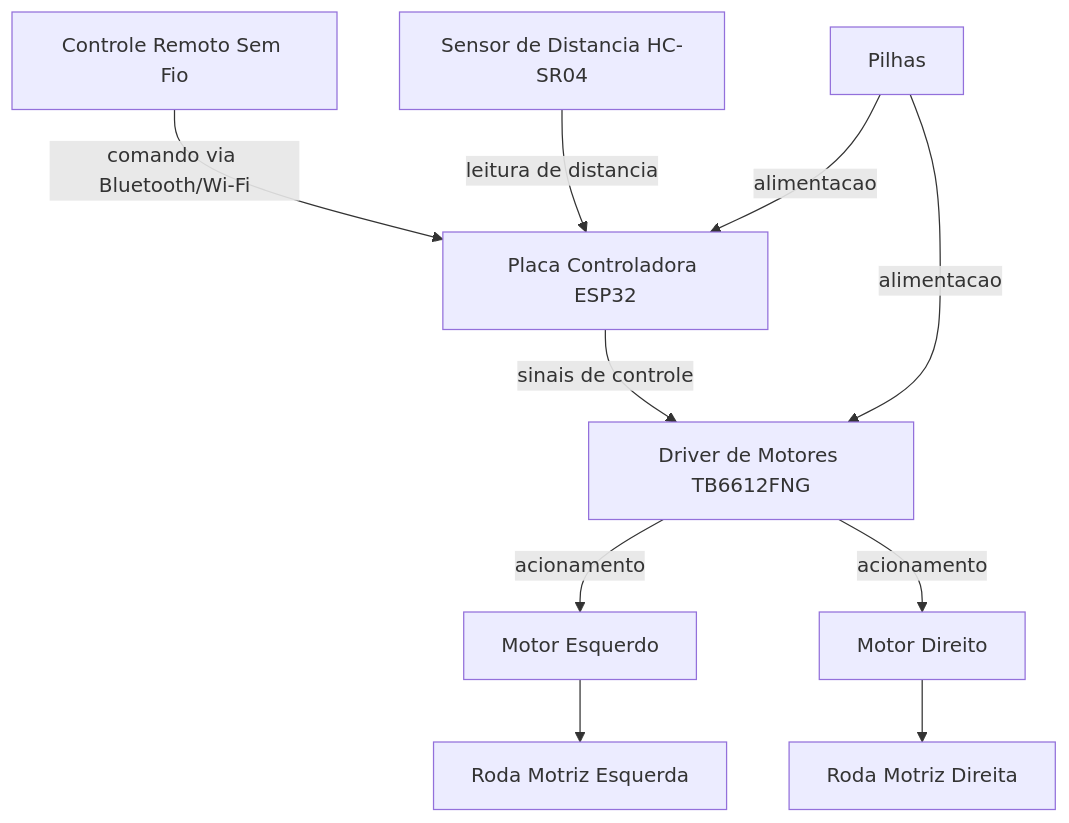
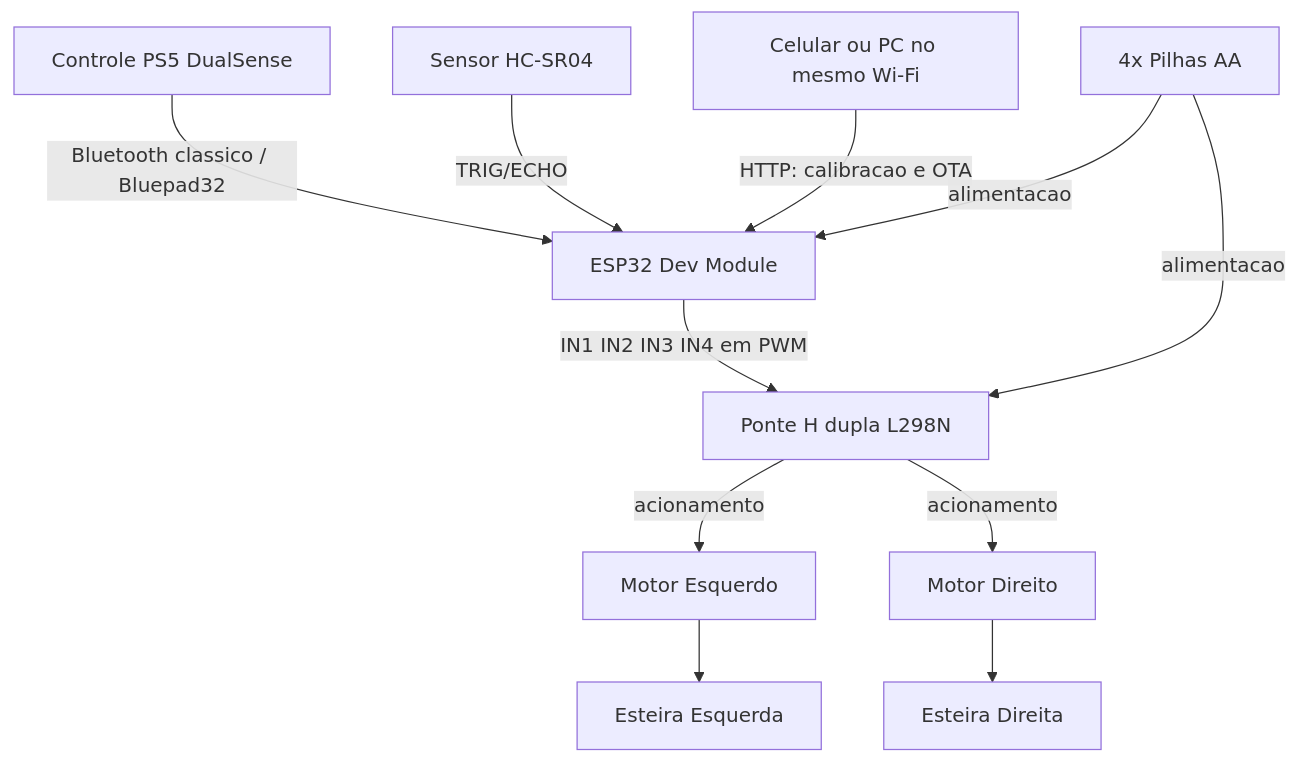
One commit to JuliaAzevedoLins/4ESPY_CP1_Maker_Carrinho changed the first of 2 diagrams in Documentacao.md. Above: the diagram before and after it, drawn with Mermaid. The commit also changed other lines of this file and 34 other files, not shown here.

````diff
--- a/Documentacao.md
+++ b/Documentacao.md
@@ -151,12 +181,13 @@
 ```mermaid
 flowchart TD
-    CTRL[Controle Remoto Sem Fio] -- comando via Bluetooth/Wi-Fi --> ESP32[Placa Controladora ESP32]
-    HCSR04[Sensor de Distancia HC-SR04] -- leitura de distancia --> ESP32
-    ESP32 -- sinais de controle --> TB6612[Driver de Motores TB6612FNG]
-    TB6612 -- acionamento --> MOTORE[Motor Esquerdo]
-    TB6612 -- acionamento --> MOTORD[Motor Direito]
-    BAT[Pilhas] -- alimentacao --> ESP32
-    BAT -- alimentacao --> TB6612
-    MOTORE --> RODAE[Roda Motriz Esquerda]
-    MOTORD --> RODAD[Roda Motriz Direita]
+    PS5[Controle PS5 DualSense] -- Bluetooth classico / Bluepad32 --> ESP32[ESP32 Dev Module]
+    HCSR04[Sensor HC-SR04] -- TRIG/ECHO --> ESP32
+    CEL[Celular ou PC no mesmo Wi-Fi] -- HTTP: calibracao e OTA --> ESP32
+    ESP32 -- IN1 IN2 IN3 IN4 em PWM --> PONTEH[Ponte H dupla L298N]
+    PONTEH -- acionamento --> MOTORE[Motor Esquerdo]
+    PONTEH -- acionamento --> MOTORD[Motor Direito]
+    MOTORE --> ESTE[Esteira Esquerda]
+    MOTORD --> ESTD[Esteira Direita]
+    BAT[4x Pilhas AA] -- alimentacao --> PONTEH
+    BAT -- alimentacao --> ESP32
 ```
````
